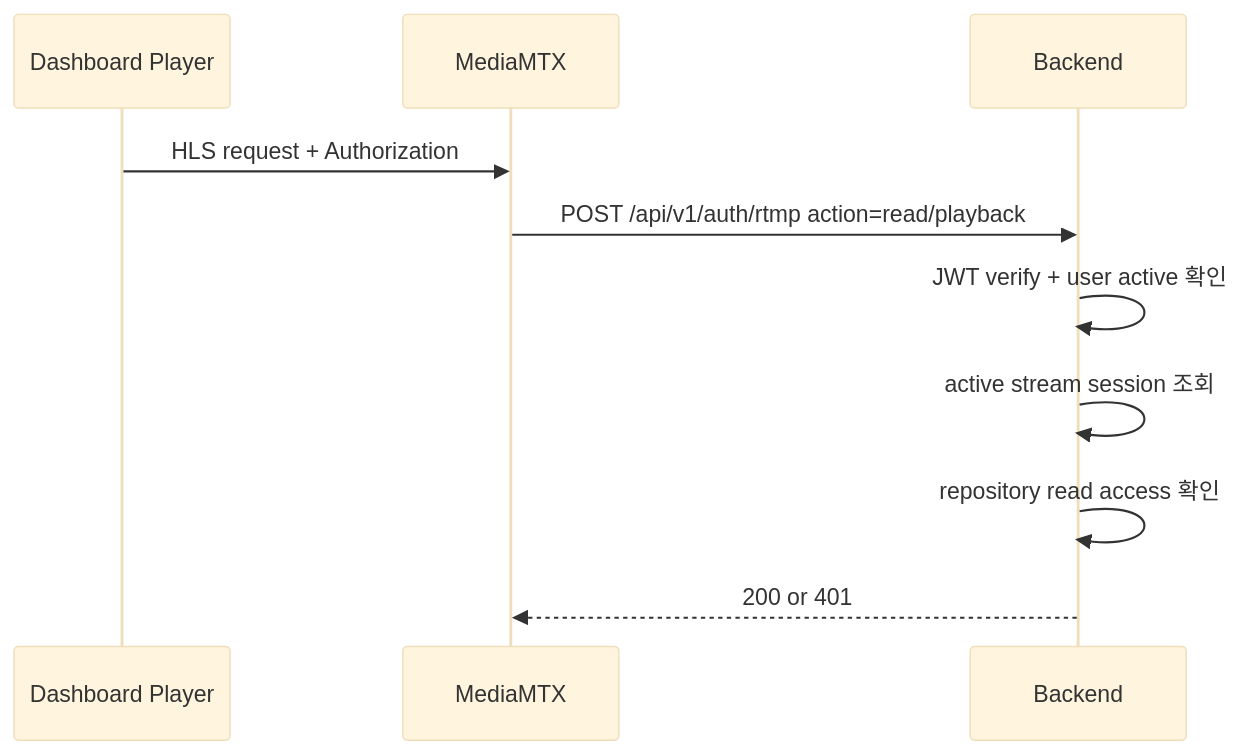
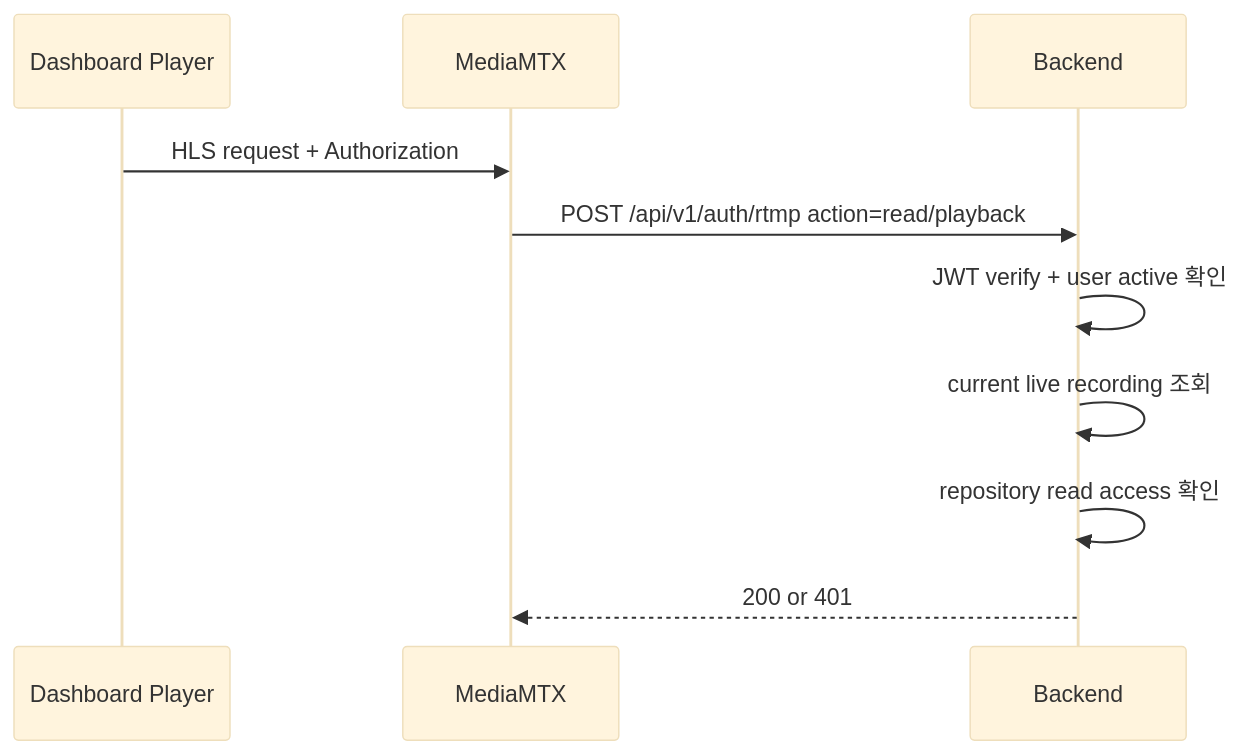
Before and after one commit to ego-flow/ego-flow-server: the fourth of 4 diagrams in docs/08. project_authentication.md, drawn with Mermaid (base theme). The commit also changed other lines of this file and 39 other files, not shown here.

````diff
--- a/docs/08. project_authentication.md
+++ b/docs/08. project_authentication.md
@@ -152,13 +159,13 @@
 ```mermaid
 sequenceDiagram
     participant Client as Dashboard Player
     participant MTX as MediaMTX
     participant BE as Backend
 
     Client->>MTX: HLS request + Authorization
     MTX->>BE: POST /api/v1/auth/rtmp action=read/playback
     BE->>BE: JWT verify + user active 확인
-    BE->>BE: active stream session 조회
+    BE->>BE: current live recording 조회
     BE->>BE: repository read access 확인
     BE-->>MTX: 200 or 401
 ```
````
